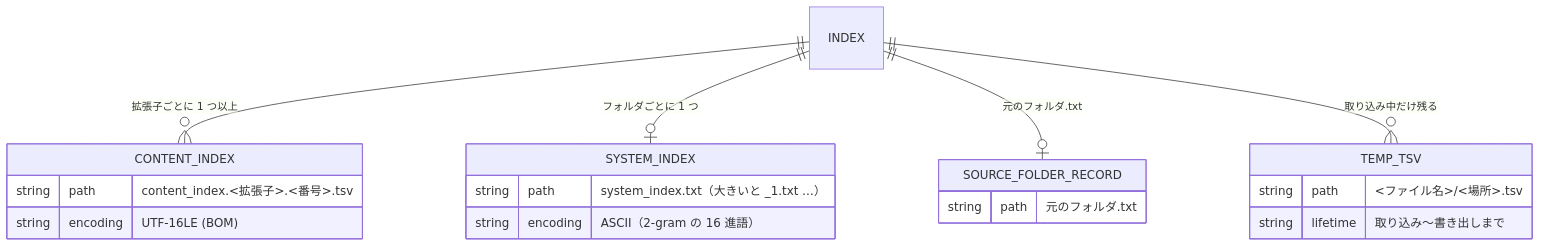
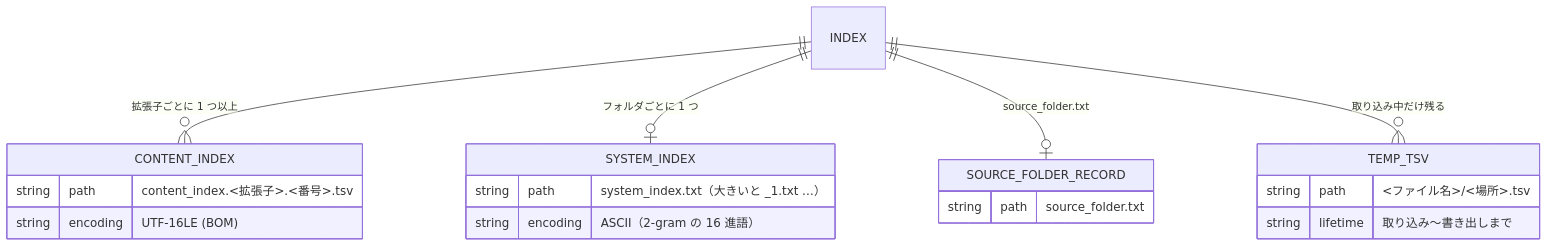
One commit to hsgwa/tebunko changed the diagram in docs/design/index-data/format.md. Above: the diagram before and after it, drawn with Mermaid. The commit also changed other lines of this file and 38 other files, not shown here.

````diff
--- a/docs/design/index-data/format.md
+++ b/docs/design/index-data/format.md
@@ -7,22 +7,22 @@
 ```mermaid
 erDiagram
     INDEX ||--o{ CONTENT_INDEX : "拡張子ごとに 1 つ以上"
     INDEX ||--o| SYSTEM_INDEX : "フォルダごとに 1 つ"
-    INDEX ||--o| SOURCE_FOLDER_RECORD : "元のフォルダ.txt"
+    INDEX ||--o| SOURCE_FOLDER_RECORD : "source_folder.txt"
     INDEX ||--o{ TEMP_TSV : "取り込み中だけ残る"
     CONTENT_INDEX {
         string path "content_index.<拡張子>.<番号>.tsv"
         string encoding "UTF-16LE (BOM)"
     }
     SYSTEM_INDEX {
         string path "system_index.txt（大きいと _1.txt …）"
         string encoding "ASCII（2-gram の 16 進語）"
     }
     TEMP_TSV {
         string path "<ファイル名>/<場所>.tsv"
         string lifetime "取り込み〜書き出しまで"
     }
     SOURCE_FOLDER_RECORD {
-        string path "元のフォルダ.txt"
+        string path "source_folder.txt"
     }
 ```
````
